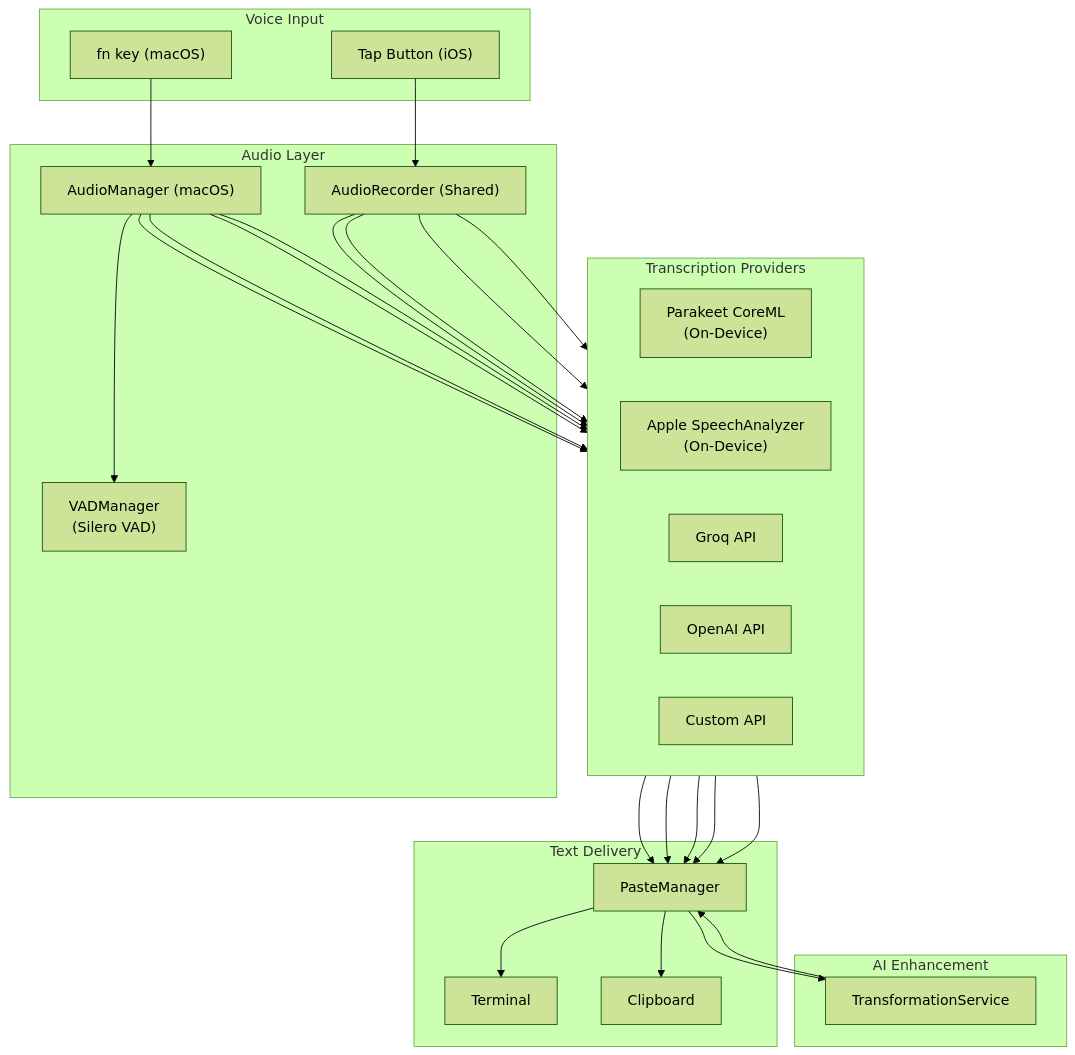
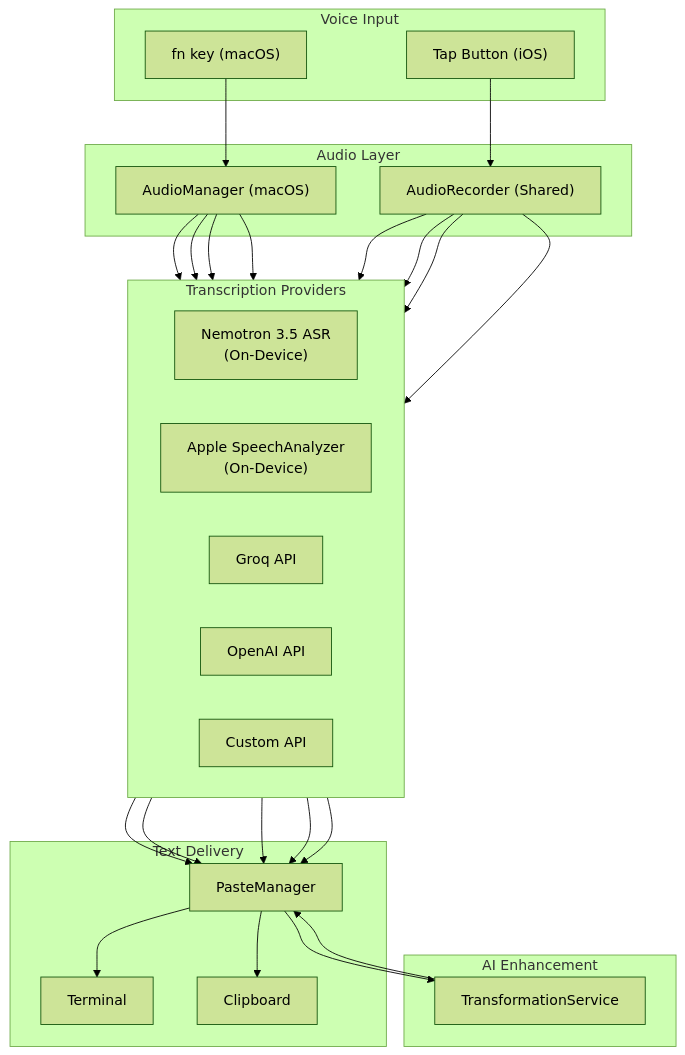
Before and after one commit to nasedkinpv/omri: the diagram in README.md, drawn with Mermaid (forest theme). The commit also changed other lines of this file and 21 other files, not shown here.

Commit message:
feat: nemotron asr

````diff
--- a/README.md
+++ b/README.md
@@ -13,55 +13,53 @@
 ```mermaid
 flowchart TB
     subgraph Input["Voice Input"]
         FN["fn key (macOS)"]
         TAP["Tap Button (iOS)"]
     end
 
     subgraph Audio["Audio Layer"]
         AM["AudioManager (macOS)"]
         AR["AudioRecorder (Shared)"]
-        VAD["VADManager\n(Silero VAD)"]
     end
 
     subgraph Transcription["Transcription Providers"]
         direction LR
-        PARAKEET["Parakeet CoreML\n(On-Device)"]
+        NEMOTRON["Nemotron 3.5 ASR\n(On-Device)"]
         APPLE["Apple SpeechAnalyzer\n(On-Device)"]
         GROQ["Groq API"]
         OPENAI["OpenAI API"]
         CUSTOM["Custom API"]
     end
 
     subgraph Transform["AI Enhancement"]
         TS["TransformationService"]
     end
 
     subgraph Output["Text Delivery"]
         PM["PasteManager"]
         TERM["Terminal"]
         CLIP["Clipboard"]
     end
 
     FN --> AM
     TAP --> AR
-    AM --> VAD
-    AM --> PARAKEET
+    AM --> NEMOTRON
     AM --> APPLE
     AM --> GROQ
     AM --> OPENAI
-    AR --> PARAKEET
+    AR --> NEMOTRON
     AR --> GROQ
     AR --> OPENAI
     AR --> CUSTOM
 
-    PARAKEET --> PM
+    NEMOTRON --> PM
     APPLE --> PM
     GROQ --> PM
     OPENAI --> PM
     CUSTOM --> PM
 
     PM --> TS
     TS --> PM
     PM --> TERM
     PM --> CLIP
 ```
````
